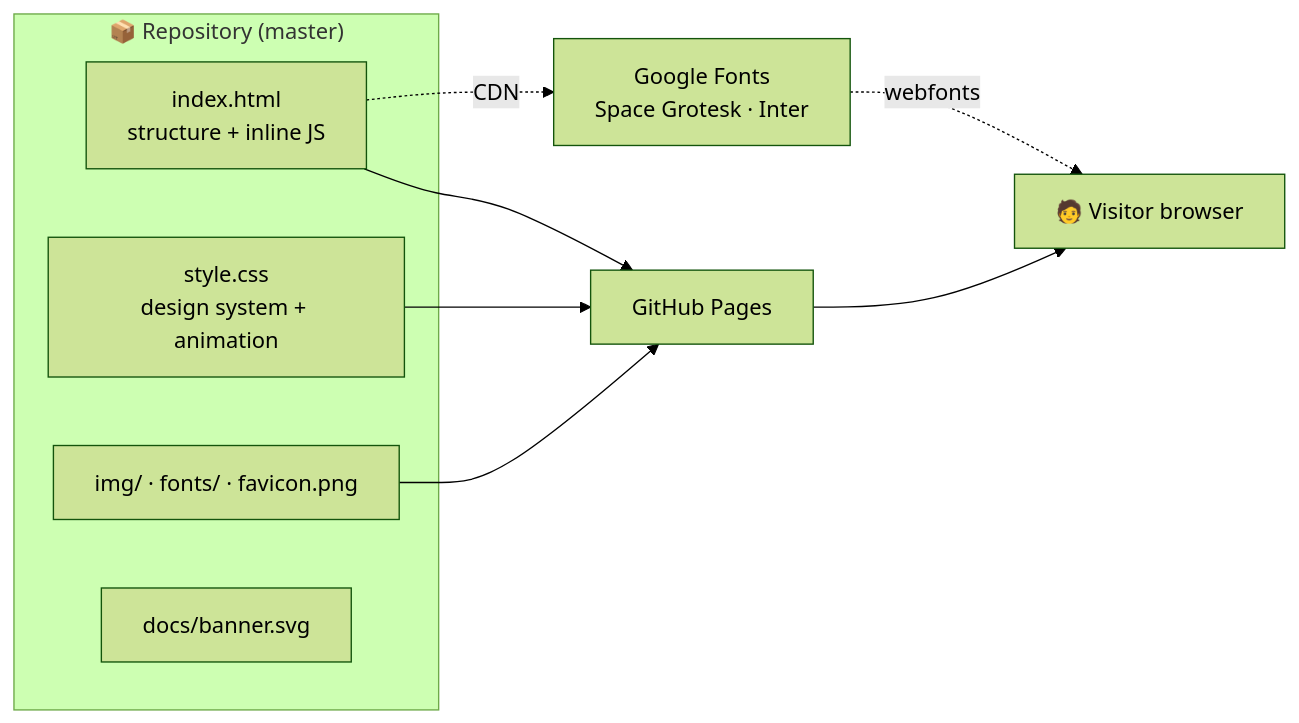
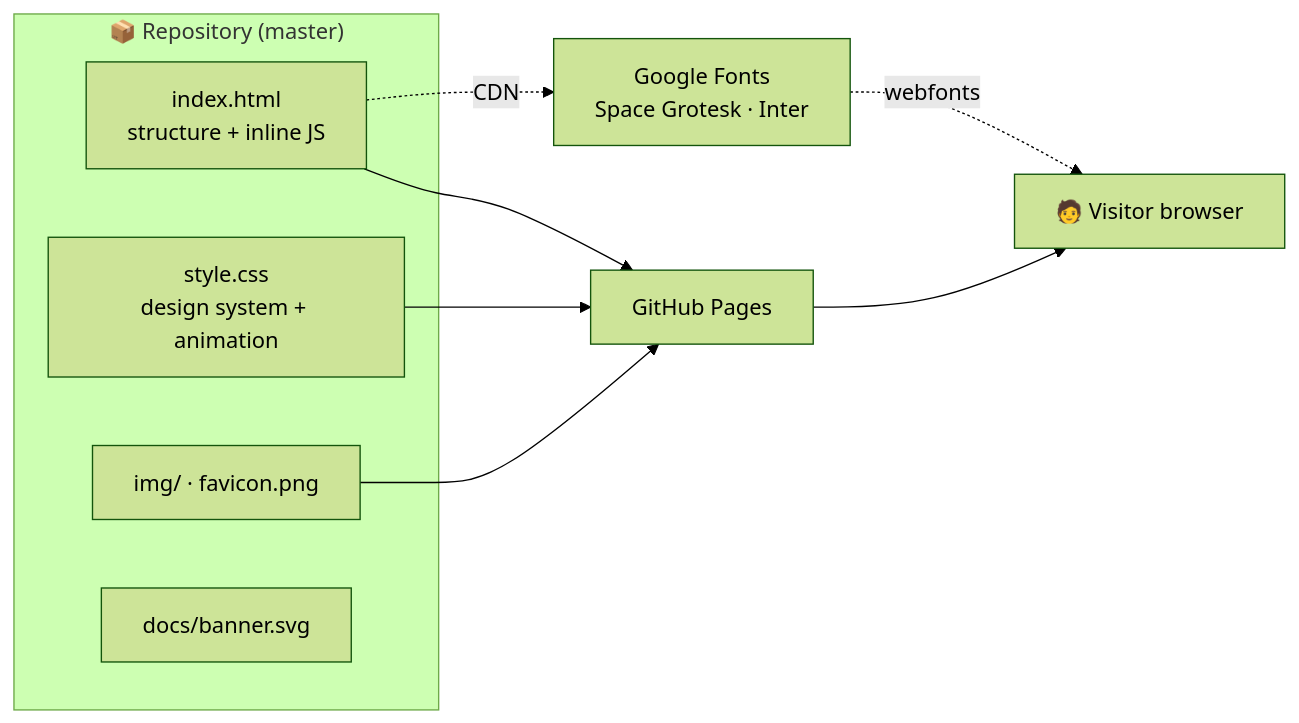
Before and after one commit to it-rat/it-rat.github.io: the fourth of 4 diagrams in README.md, drawn with Mermaid (forest theme). The commit also changed other lines of this file and 40 other files, not shown here.

````diff
--- a/README.md
+++ b/README.md
@@ -110,19 +111,19 @@
 ```mermaid
 flowchart LR
     subgraph Repo["📦 Repository (master)"]
         HTML["index.html<br/>structure + inline JS"]
         CSS["style.css<br/>design system + animation"]
-        ASSETS["img/ · fonts/ · favicon.png"]
+        ASSETS["img/ · favicon.png"]
         DOCS["docs/banner.svg"]
     end
     FONTS["Google Fonts<br/>Space Grotesk · Inter"]
     PAGES["GitHub Pages"]
     USER["🧑 Visitor browser"]
 
     HTML --> PAGES
     CSS --> PAGES
     ASSETS --> PAGES
     HTML -. CDN .-> FONTS
     PAGES --> USER
     FONTS -. webfonts .-> USER
 ```
````
